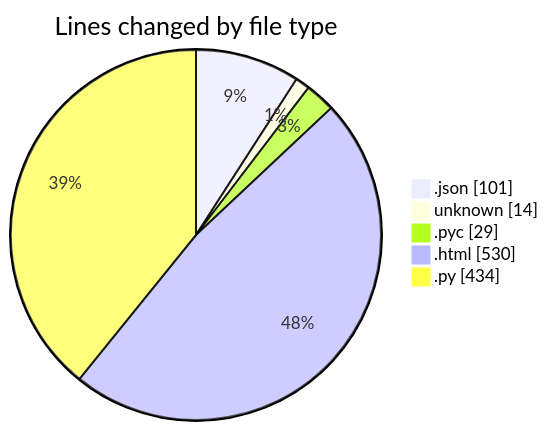
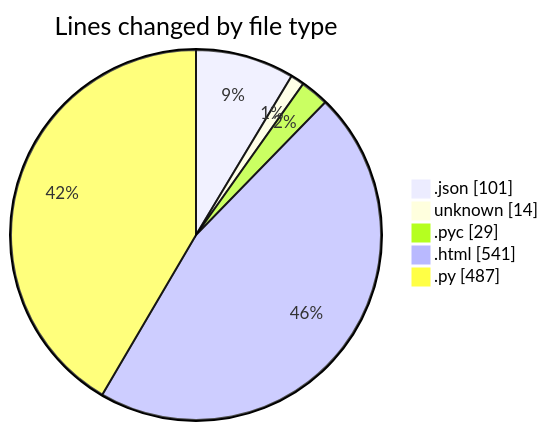
One commit to Elitesun/code-tracking changed the first of 2 diagrams in 2025-04-23/heypy/README.md. Above: the diagram before and after it, drawn with Mermaid. The commit also changed other lines of this file and 1 other file, not shown here.

````diff
--- a/2025-04-23/heypy/README.md
+++ b/2025-04-23/heypy/README.md
@@ -25,9 +25,9 @@
 ```mermaid
 pie showData
 title Lines changed by file type
 ".json" : 101
 "unknown" : 14
 ".pyc" : 29
-".html" : 530
-".py" : 434
+".html" : 541
+".py" : 487
 ```
````
